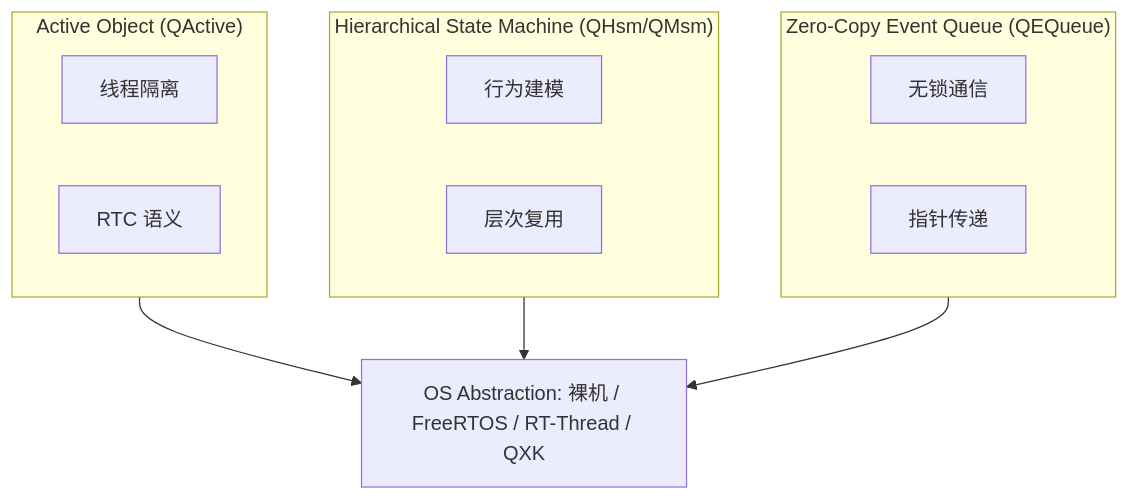
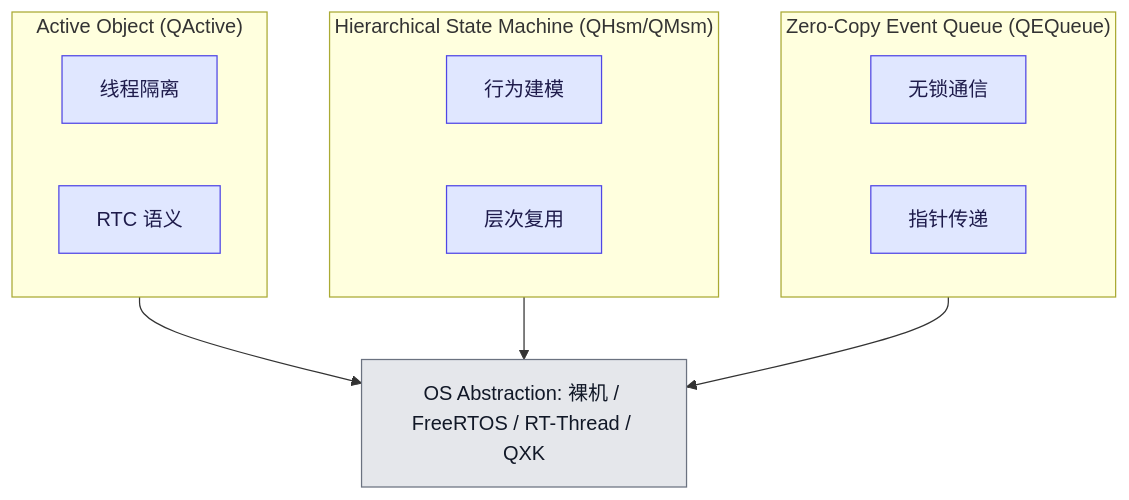
One commit to DeguiLiu/tech-notes changed the diagram in content/posts/practice/qpc_active_object_hsm.md. Above: the diagram before and after it, drawn with Mermaid. The commit also changed other lines of this file and 16 other files, not shown here.

First line of the commit message:
story-docs(blog): de-AI practice and ipc posts, color nginx rtc diagrams

````diff
--- a/content/posts/practice/qpc_active_object_hsm.md
+++ b/content/posts/practice/qpc_active_object_hsm.md
@@ -32,17 +32,21 @@
 ```mermaid
 graph TB
     subgraph AO["Active Object (QActive)"]
         A1["线程隔离"]
         A2["RTC 语义"]
     end
     subgraph HSM["Hierarchical State Machine (QHsm/QMsm)"]
         H1["行为建模"]
         H2["层次复用"]
     end
     subgraph EQ["Zero-Copy Event Queue (QEQueue)"]
         Q1["无锁通信"]
         Q2["指针传递"]
     end
     OS["OS Abstraction: 裸机 / FreeRTOS / RT-Thread / QXK"]
     AO & HSM & EQ --> OS
+    classDef core fill:#e0e7ff,stroke:#4f46e5,color:#1e1b4b
+    classDef os fill:#e5e7eb,stroke:#6b7280,color:#111827
+    class A1,A2,H1,H2,Q1,Q2 core
+    class OS os
 ```
````
